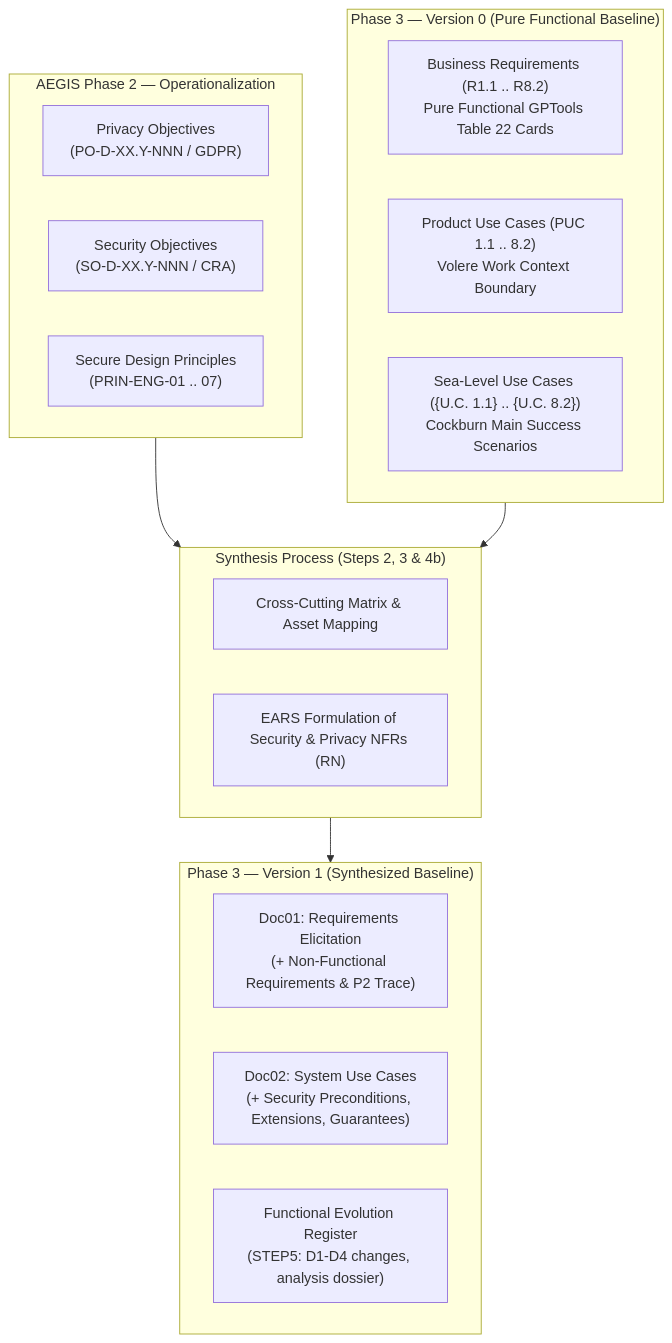
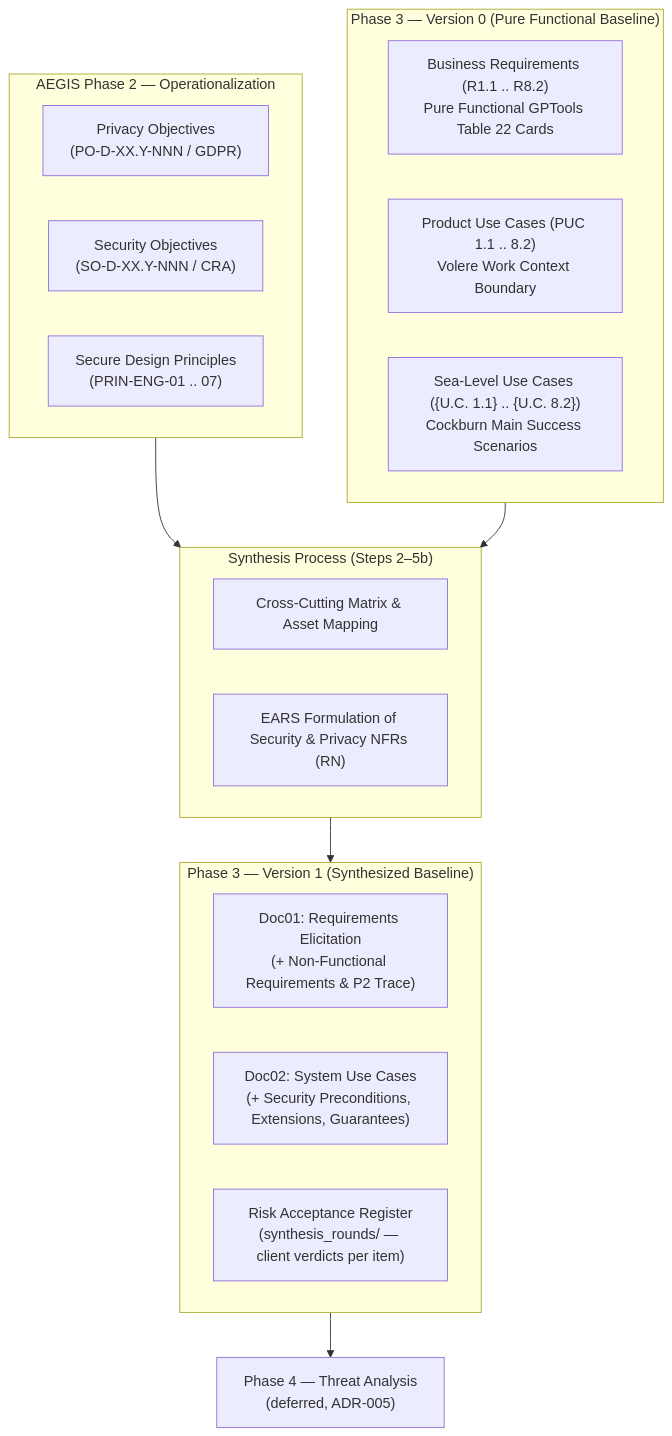
One commit to pauloribeiro16/aegis-mvp changed the diagram in cases/Case_01_TinyTask_SaaS/03_PHASE3_SPEC/PHASE3_PROCESS_AND_METHODOLOGY.md. Above: the diagram before and after it, drawn with Mermaid. The commit also changed other lines of this file and 4 other files, not shown here.

First line of the commit message:
docs(phase3): ADR-005 — iterative risk-acceptance rounds in Phase 3; threat analysis promoted to Phase 4

````diff
--- a/cases/Case_01_TinyTask_SaaS/03_PHASE3_SPEC/PHASE3_PROCESS_AND_METHODOLOGY.md
+++ b/cases/Case_01_TinyTask_SaaS/03_PHASE3_SPEC/PHASE3_PROCESS_AND_METHODOLOGY.md
@@ -113,29 +113,30 @@
 ```mermaid
 flowchart TD
     subgraph P2["AEGIS Phase 2 — Operationalization"]
         PO["Privacy Objectives<br>(PO-D-XX.Y-NNN / GDPR)"]
         SO["Security Objectives<br>(SO-D-XX.Y-NNN / CRA)"]
         ENG["Secure Design Principles<br>(PRIN-ENG-01 .. 07)"]
     end
 
     subgraph P3_V0["Phase 3 — Version 0 (Pure Functional Baseline)"]
         R_V0["Business Requirements (R1.1 .. R8.2)<br>Pure Functional GPTools Table 22 Cards"]
         PUC_V0["Product Use Cases (PUC 1.1 .. 8.2)<br>Volere Work Context Boundary"]
         UC_V0["Sea-Level Use Cases ({U.C. 1.1} .. {U.C. 8.2})<br>Cockburn Main Success Scenarios"]
     end
 
-    subgraph Synth["Synthesis Process (Steps 2, 3 & 4b)"]
+    subgraph Synth["Synthesis Process (Steps 2–5b)"]
         Matrix["Cross-Cutting Matrix & Asset Mapping"]
         EARS["EARS Formulation of Security & Privacy NFRs (RN)"]
     end
 
     subgraph P3_V1["Phase 3 — Version 1 (Synthesized Baseline)"]
         Doc01_V1["Doc01: Requirements Elicitation<br>(+ Non-Functional Requirements & P2 Trace)"]
         Doc02_V1["Doc02: System Use Cases<br>(+ Security Preconditions, Extensions, Guarantees)"]
-        Reg_V1["Functional Evolution Register<br>(STEP5: D1-D4 changes, analysis dossier)"]
+        Reg_V1["Risk Acceptance Register<br>(synthesis_rounds/ — client verdicts per item)"]
     end
 
     P2 --> Synth
     P3_V0 --> Synth
     Synth --> P3_V1
+    P3_V1 --> P4["Phase 4 — Threat Analysis<br>(deferred, ADR-005)"]
 ```
````
